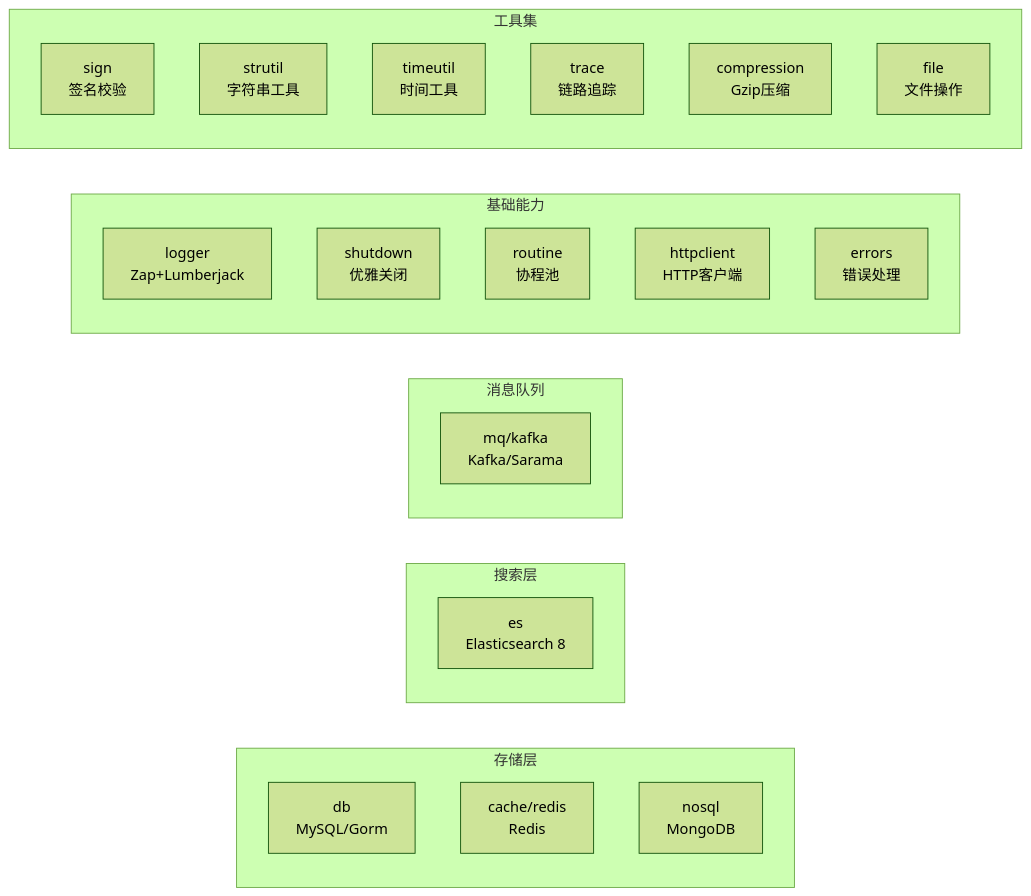
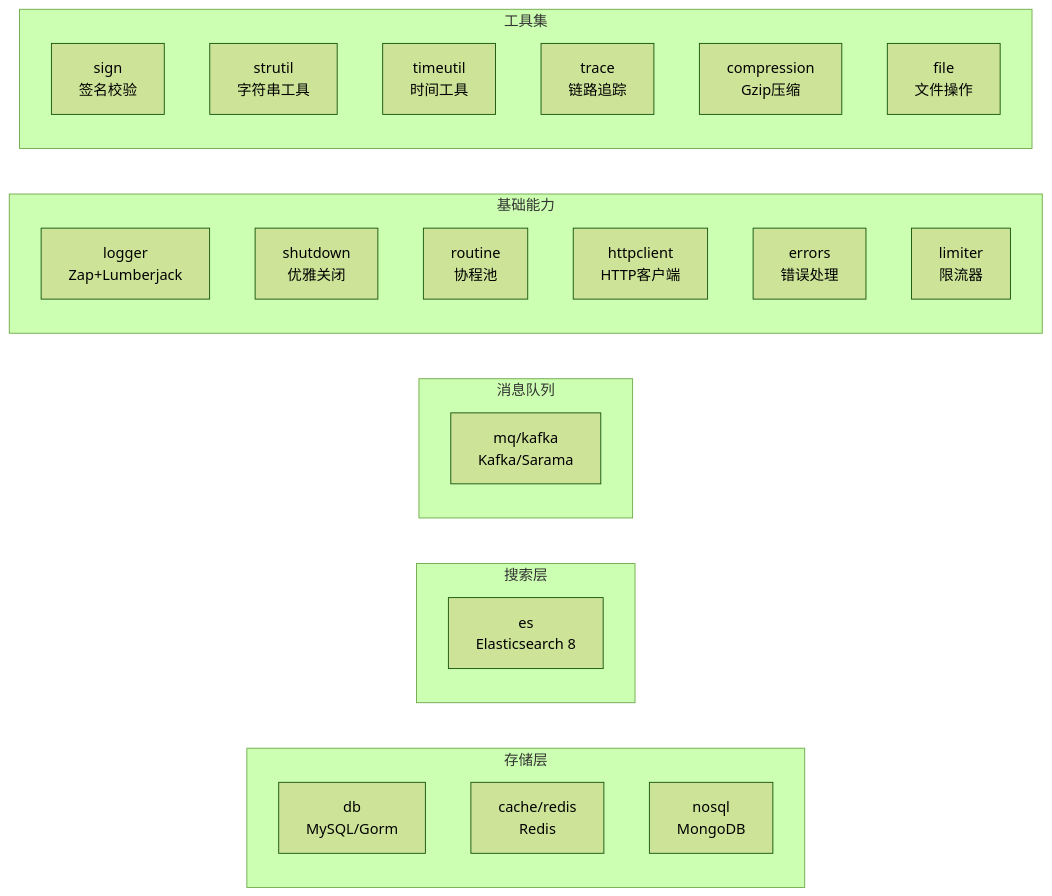
Before and after one commit to HeRedBo/pkg: the diagram in README.md, drawn with Mermaid (forest theme). The commit also changed other lines of this file, not shown here.

````diff
--- a/README.md
+++ b/README.md
@@ -69,33 +69,34 @@
 ```mermaid
 graph LR
     subgraph Storage[存储层]
         DB[db<br/>MySQL/Gorm]
         Cache[cache/redis<br/>Redis]
         NoSQL[nosql<br/>MongoDB]
     end
 
     subgraph Search[搜索层]
         ES[es<br/>Elasticsearch 8]
     end
 
     subgraph MsgQueue[消息队列]
         MQ[mq/kafka<br/>Kafka/Sarama]
     end
 
     subgraph Infra[基础能力]
         Logger[logger<br/>Zap+Lumberjack]
         Shutdown[shutdown<br/>优雅关闭]
         Routine[routine<br/>协程池]
         HTTP[httpclient<br/>HTTP客户端]
         Errors[errors<br/>错误处理]
+        Limiter[limiter<br/>限流器]
     end
 
     subgraph Utils[工具集]
         Sign[sign<br/>签名校验]
         Str[strutil<br/>字符串工具]
         Time[timeutil<br/>时间工具]
         Trace[trace<br/>链路追踪]
         Compress[compression<br/>Gzip压缩]
         File[file<br/>文件操作]
     end
 ```
````
